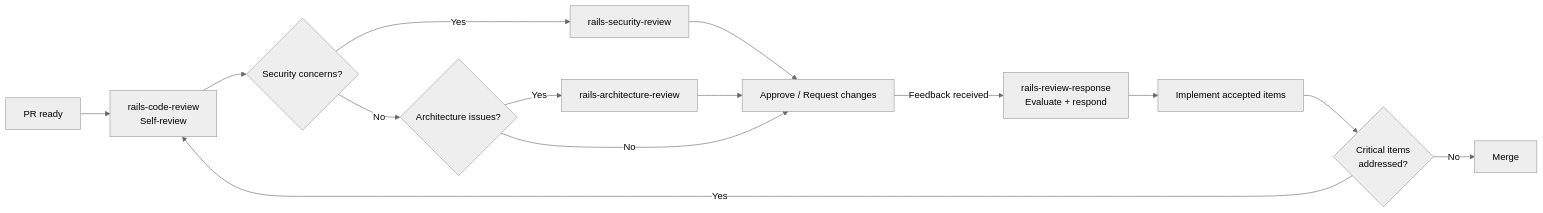
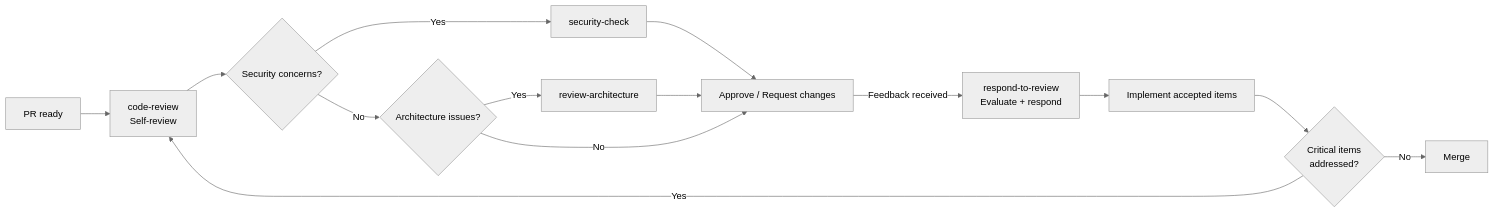
Before and after one commit to igmarin/my-RoR-personal-skills: the fifth of 17 diagrams in docs/workflow-guide.md, drawn with Mermaid (neutral theme). The commit also changed other lines of this file and 295 other files, not shown here.

First line of the commit message:
Refactor names flows (#57)

````diff
--- a/docs/workflow-guide.md
+++ b/docs/workflow-guide.md
@@ -300,16 +300,16 @@
 ```mermaid
 flowchart LR
-    A[PR ready] --> B[rails-code-review\nSelf-review]
+    A[PR ready] --> B[code-review\nSelf-review]
     B --> C{Security concerns?}
-    C -->|Yes| D[rails-security-review]
+    C -->|Yes| D[security-check]
     C -->|No| E{Architecture issues?}
-    E -->|Yes| F[rails-architecture-review]
+    E -->|Yes| F[review-architecture]
     E -->|No| G[Approve / Request changes]
     D --> G
     F --> G
-    G -->|Feedback received| H[rails-review-response\nEvaluate + respond]
+    G -->|Feedback received| H[respond-to-review\nEvaluate + respond]
     H --> I[Implement accepted items]
     I --> J{Critical items\naddressed?}
     J -->|Yes| B
     J -->|No| K[Merge]
 ```
````
